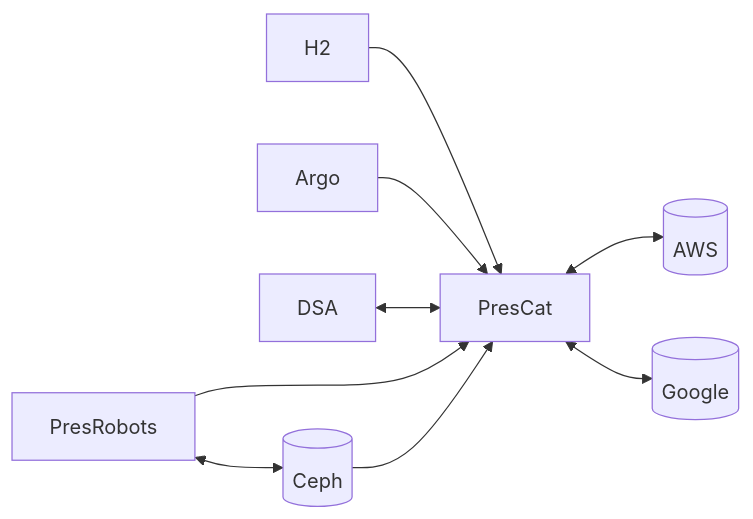
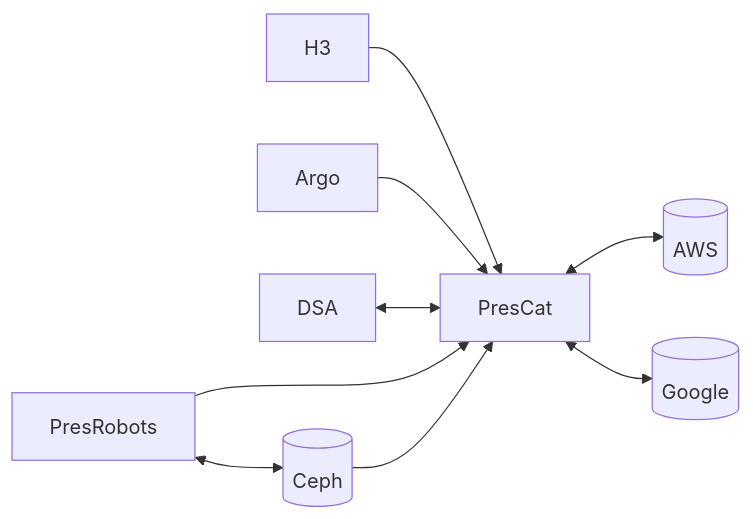
One commit to sul-dlss/preservation_catalog changed the diagram in README.md. Above: the diagram before and after it, drawn with Mermaid. The commit also changed other lines of this file and 6 other files, not shown here.

````diff
--- a/README.md
+++ b/README.md
@@ -26,11 +26,11 @@
 ```mermaid
 flowchart LR;
-  H2 --> PresCat;
+  H3 --> PresCat;
   Argo --> PresCat;
   DSA <--> PresCat;
   PresRobots --> PresCat;
   PresCat <--> S3[(AWS)];
   PresCat <--> GCP[(Google)];
   Ceph --> PresCat;
   PresRobots <--> Ceph[(Ceph)];
 ```
````
